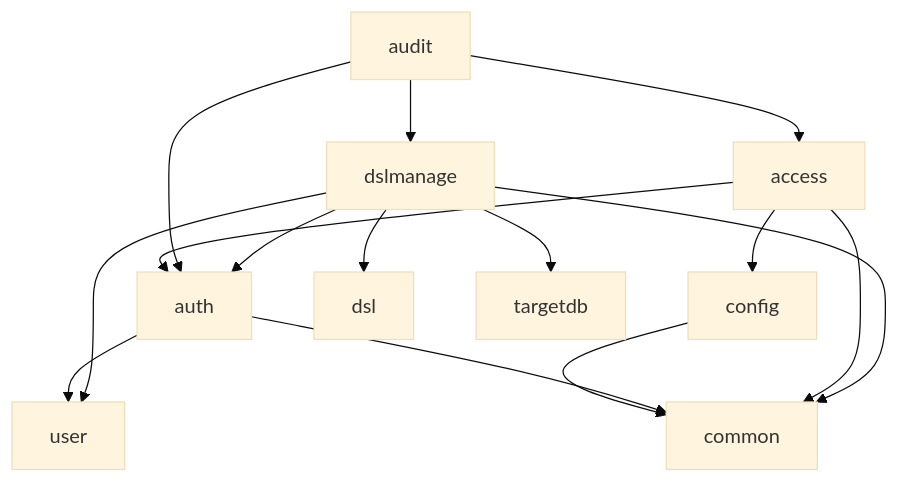
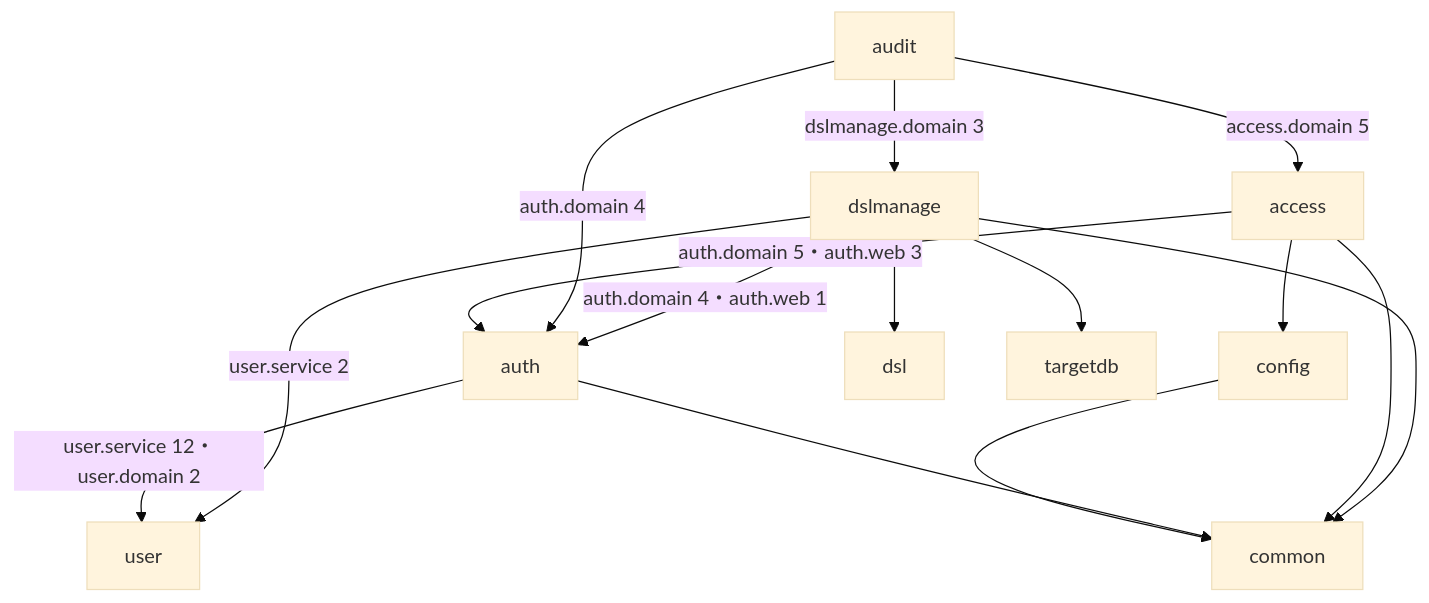
Before and after one commit to agwlvssainokuni/mastersmith2: the first of 2 diagrams in aidlc/spaces/default/codekb/mastersmith2/dependencies.md, drawn with Mermaid (base theme). The commit also changed other lines of this file and 16 other files, not shown here.

````diff
--- a/aidlc/spaces/default/codekb/mastersmith2/dependencies.md
+++ b/aidlc/spaces/default/codekb/mastersmith2/dependencies.md
@@ -31,17 +33,17 @@
 ```mermaid
 flowchart TD
   config --> common
-  auth --> user
+  auth -- "user.service 12・user.domain 2" --> user
   auth --> common
-  access --> auth
+  access -- "auth.domain 5・auth.web 3" --> auth
   access --> common
   access --> config
-  audit --> auth
-  audit --> access
-  audit --> dslmanage
+  audit -- "auth.domain 4" --> auth
+  audit -- "access.domain 5" --> access
+  audit -- "dslmanage.domain 3" --> dslmanage
   dslmanage --> dsl
   dslmanage --> targetdb
-  dslmanage --> user
-  dslmanage --> auth
+  dslmanage -- "user.service 2" --> user
+  dslmanage -- "auth.domain 4・auth.web 1" --> auth
   dslmanage --> common
 ```
````
